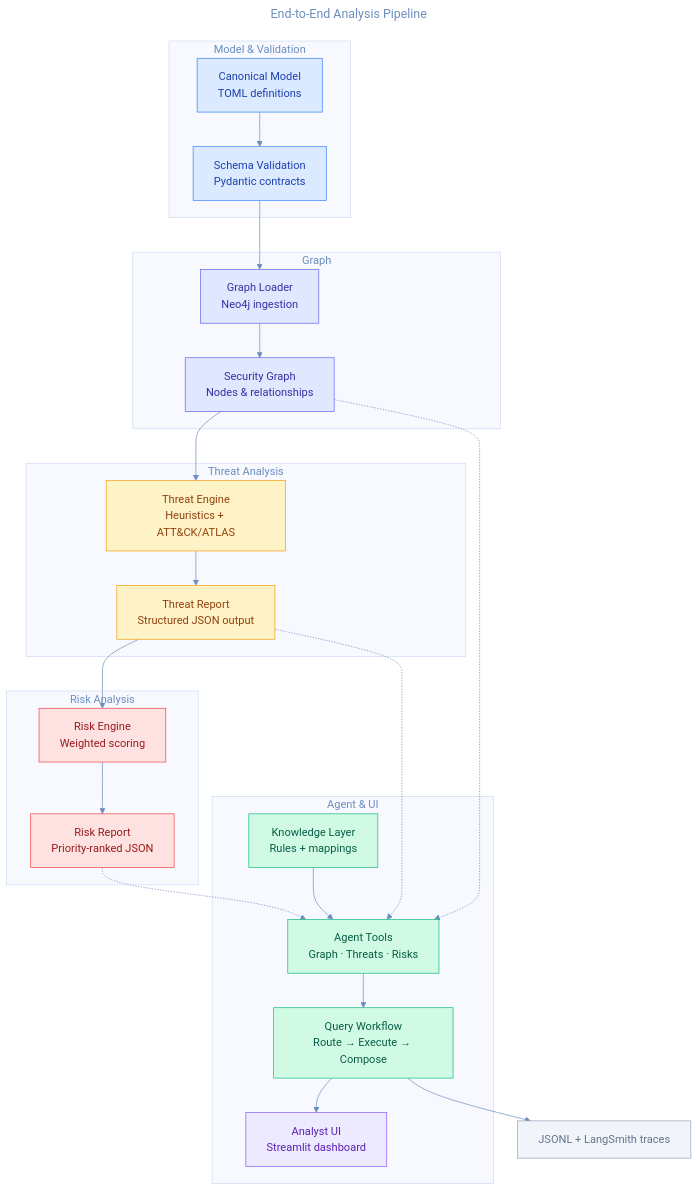
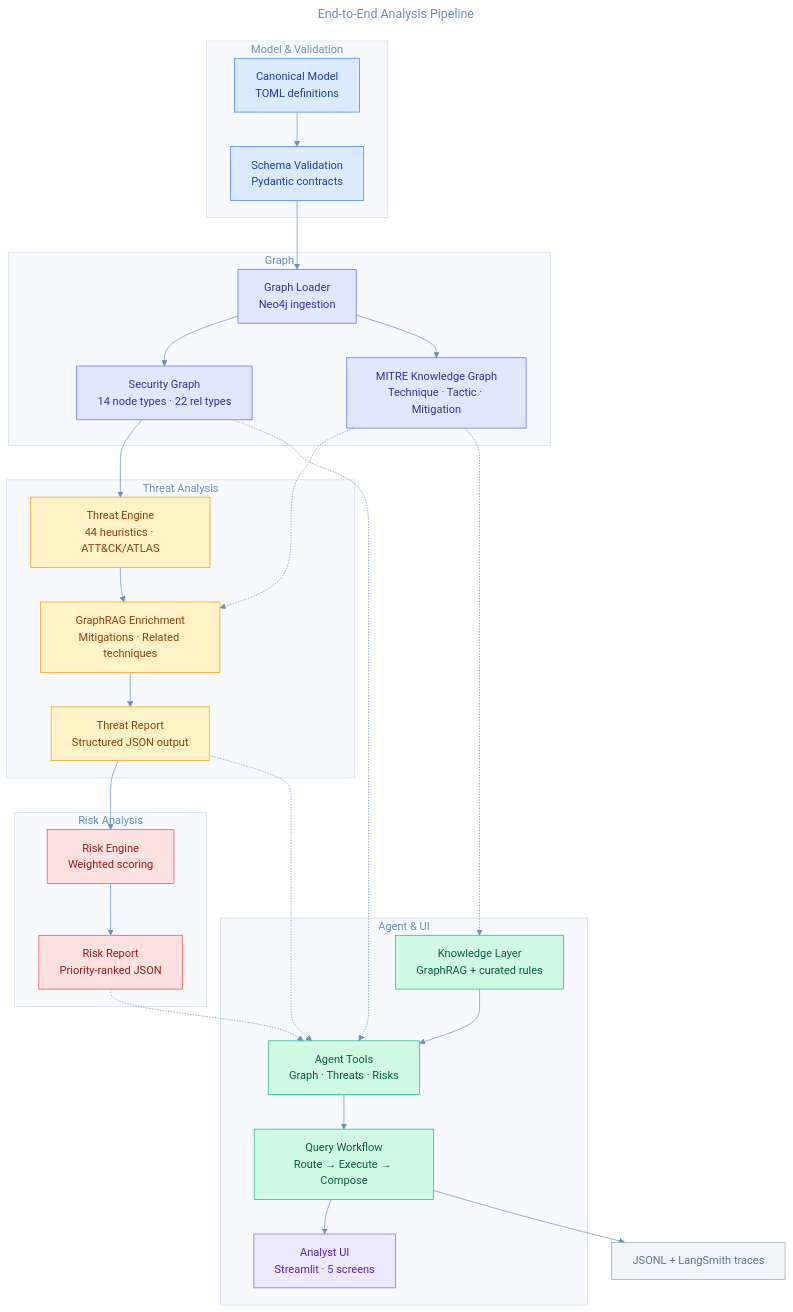
The diagram in docs/diagrams/pipeline.mmd (zencodeai/ai-threatforge), drawn with Mermaid before and after one commit. The commit also changed 13 other files, not shown here.

First line of the commit message:
docs: update README, architecture, diagrams for GraphRAG and 44-heuristic state

```diff
--- a/docs/diagrams/pipeline.mmd
+++ b/docs/diagrams/pipeline.mmd
@@ -1,55 +1,62 @@
 ---
 title: End-to-End Analysis Pipeline
 ---
 %%{init: {'theme': 'base', 'themeVariables': {'lineColor': '#6c8ebf', 'primaryTextColor': '#6c8ebf', 'titleColor': '#6c8ebf'}}}%%
 graph TD
     subgraph model ["Model & Validation"]
         A["Canonical Model\nTOML definitions"]
         B["Schema Validation\nPydantic contracts"]
     end
 
     subgraph graph ["Graph"]
         C["Graph Loader\nNeo4j ingestion"]
-        D["Security Graph\nNodes & relationships"]
+        D["Security Graph\n14 node types · 22 rel types"]
+        N["MITRE Knowledge Graph\nTechnique · Tactic · Mitigation"]
     end
 
     subgraph threat ["Threat Analysis"]
-        E["Threat Engine\nHeuristics + ATT&CK/ATLAS"]
+        E["Threat Engine\n44 heuristics · ATT&CK/ATLAS"]
+        EN["GraphRAG Enrichment\nMitigations · Related techniques"]
         F["Threat Report\nStructured JSON output"]
     end
 
     subgraph risk ["Risk Analysis"]
         G["Risk Engine\nWeighted scoring"]
         H["Risk Report\nPriority-ranked JSON"]
     end
 
     subgraph agent ["Agent & UI"]
-        J["Knowledge Layer\nRules + mappings"]
+        J["Knowledge Layer\nGraphRAG + curated rules"]
         I["Agent Tools\nGraph · Threats · Risks"]
         K["Query Workflow\nRoute → Execute → Compose"]
-        L["Analyst UI\nStreamlit dashboard"]
+        L["Analyst UI\nStreamlit · 5 screens"]
     end
 
     A --> B --> C --> D
-    D --> E --> F
+    C --> N
+    D --> E --> EN --> F
+    N -.-> EN
+    N -.-> J
     F --> G --> H
 
     D -.-> I
     F -.-> I
     H -.-> I
     J --> I --> K --> L
     K --> M["JSONL + LangSmith traces"]
 
     style A fill:#dbeafe,stroke:#3b82f6,color:#1e40af
     style B fill:#dbeafe,stroke:#3b82f6,color:#1e40af
     style C fill:#e0e7ff,stroke:#6366f1,color:#3730a3
     style D fill:#e0e7ff,stroke:#6366f1,color:#3730a3
+    style N fill:#e0e7ff,stroke:#6366f1,color:#3730a3
     style E fill:#fef3c7,stroke:#f59e0b,color:#92400e
+    style EN fill:#fef3c7,stroke:#f59e0b,color:#92400e
     style F fill:#fef3c7,stroke:#f59e0b,color:#92400e
     style G fill:#fee2e2,stroke:#ef4444,color:#991b1b
     style H fill:#fee2e2,stroke:#ef4444,color:#991b1b
     style I fill:#d1fae5,stroke:#10b981,color:#065f46
     style J fill:#d1fae5,stroke:#10b981,color:#065f46
     style K fill:#d1fae5,stroke:#10b981,color:#065f46
     style L fill:#ede9fe,stroke:#8b5cf6,color:#5b21b6
     style M fill:#f1f5f9,stroke:#94a3b8,color:#64748b
```
